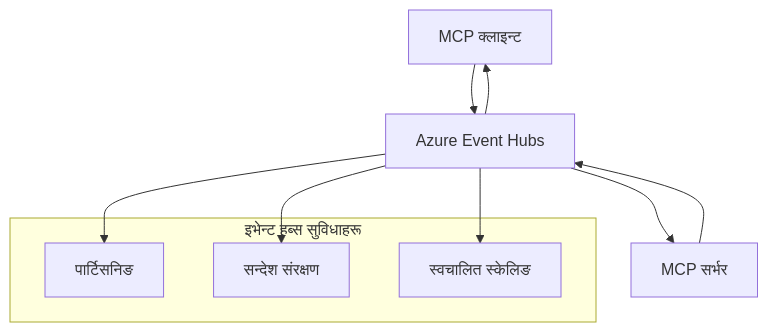
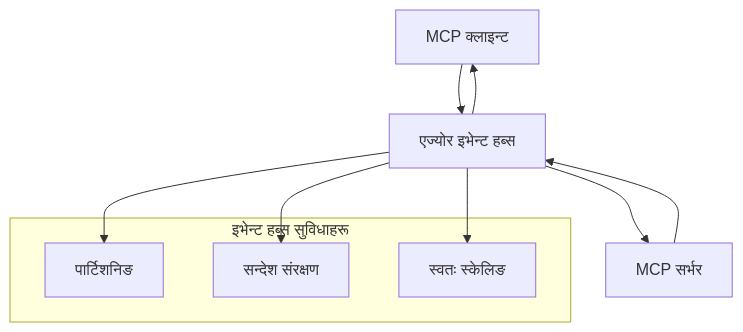
One commit to HIDORAKAI002/ai-workspace-archive changed the second of 2 diagrams in mcp_ecosystem__model_context_protocol/mcp_learning_resources/mcp-for-beginners/translations/ne/05-AdvancedTopics/mcp-transport/README.md. Above: the diagram before and after it, drawn with Mermaid. The commit also changed other lines of this file and 1539 other files, not shown here.

````diff
--- a/mcp_ecosystem__model_context_protocol/mcp_learning_resources/mcp-for-beginners/translations/ne/05-AdvancedTopics/mcp-transport/README.md
+++ b/mcp_ecosystem__model_context_protocol/mcp_learning_resources/mcp-for-beginners/translations/ne/05-AdvancedTopics/mcp-transport/README.md
@@ -269,17 +270,17 @@
 ```mermaid
 graph TB
-    Client[MCP क्लाइन्ट] --> EH[Azure Event Hubs]
+    Client[MCP क्लाइन्ट] --> EH[एज्योर इभेन्ट हब्स]
     EH --> Server[MCP सर्भर]
     Server --> EH
     EH --> Client
     
     subgraph "इभेन्ट हब्स सुविधाहरू"
-        Partition[पार्टिसनिङ]
+        Partition[पार्टिशनिङ]
         Retention[सन्देश संरक्षण]
-        Scaling[स्वचालित स्केलिङ]
+        Scaling[स्वतः स्केलिङ]
     end
     
     EH --> Partition
     EH --> Retention
     EH --> Scaling
 ```
````
